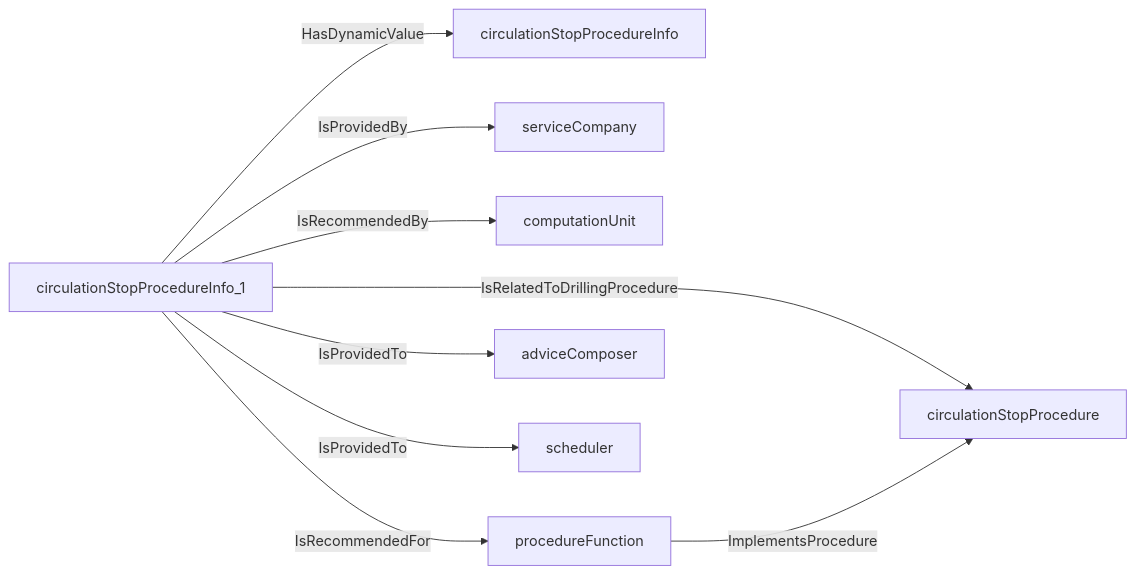
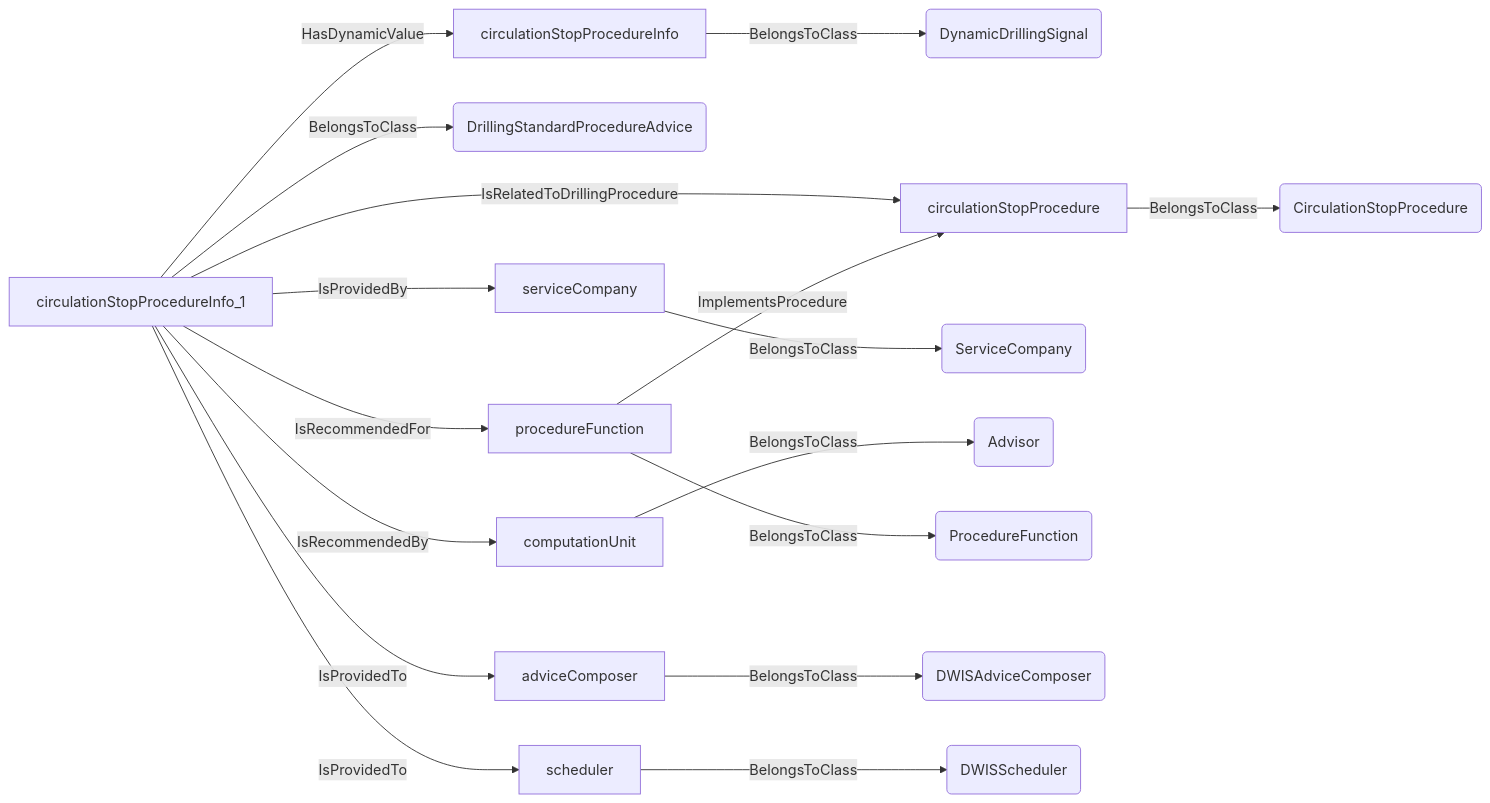
The third of 19 diagrams in docs/vocabulary_development/auto-generated/md/definition-files/DrillingProcedure.md (D-WIS/DDHub-Semantic-Interoperability), drawn with Mermaid before and after one commit. The commit also changed other lines of this file and 14 other files, not shown here.

````diff
--- a/docs/vocabulary_development/auto-generated/md/definition-files/DrillingProcedure.md
+++ b/docs/vocabulary_development/auto-generated/md/definition-files/DrillingProcedure.md
@@ -114,11 +130,19 @@
 ```mermaid
 graph LR
-	N0000[circulationStopProcedureInfo_1] -->|HasDynamicValue| N0001[circulationStopProcedureInfo] 
-	N0000[circulationStopProcedureInfo_1] -->|IsRelatedToDrillingProcedure| N0002[circulationStopProcedure] 
-	N0000[circulationStopProcedureInfo_1] -->|IsProvidedBy| N0003[serviceCompany] 
-	N0000[circulationStopProcedureInfo_1] -->|IsRecommendedBy| N0004[computationUnit] 
-	N0005[procedureFunction] -->|ImplementsProcedure| N0002[circulationStopProcedure] 
-	N0000[circulationStopProcedureInfo_1] -->|IsRecommendedFor| N0005[procedureFunction] 
-	N0000[circulationStopProcedureInfo_1] -->|IsProvidedTo| N0006[adviceComposer] 
-	N0000[circulationStopProcedureInfo_1] -->|IsProvidedTo| N0007[scheduler] 
+	N0000[circulationStopProcedureInfo] -->|BelongsToClass| N0001(DynamicDrillingSignal) 
+	N0002[circulationStopProcedureInfo_1] -->|BelongsToClass| N0003(DrillingStandardProcedureAdvice) 
+	N0002[circulationStopProcedureInfo_1] -->|HasDynamicValue| N0000[circulationStopProcedureInfo] 
+	N0004[circulationStopProcedure] -->|BelongsToClass| N0005(CirculationStopProcedure) 
+	N0002[circulationStopProcedureInfo_1] -->|IsRelatedToDrillingProcedure| N0004[circulationStopProcedure] 
+	N0006[serviceCompany] -->|BelongsToClass| N0007(ServiceCompany) 
+	N0002[circulationStopProcedureInfo_1] -->|IsProvidedBy| N0006[serviceCompany] 
+	N0008[computationUnit] -->|BelongsToClass| N0009(Advisor) 
+	N0002[circulationStopProcedureInfo_1] -->|IsRecommendedBy| N0008[computationUnit] 
+	N0010[procedureFunction] -->|BelongsToClass| N0011(ProcedureFunction) 
+	N0010[procedureFunction] -->|ImplementsProcedure| N0004[circulationStopProcedure] 
+	N0002[circulationStopProcedureInfo_1] -->|IsRecommendedFor| N0010[procedureFunction] 
+	N0012[adviceComposer] -->|BelongsToClass| N0013(DWISAdviceComposer) 
+	N0002[circulationStopProcedureInfo_1] -->|IsProvidedTo| N0012[adviceComposer] 
+	N0014[scheduler] -->|BelongsToClass| N0015(DWISScheduler) 
+	N0002[circulationStopProcedureInfo_1] -->|IsProvidedTo| N0014[scheduler] 
 ```
````
